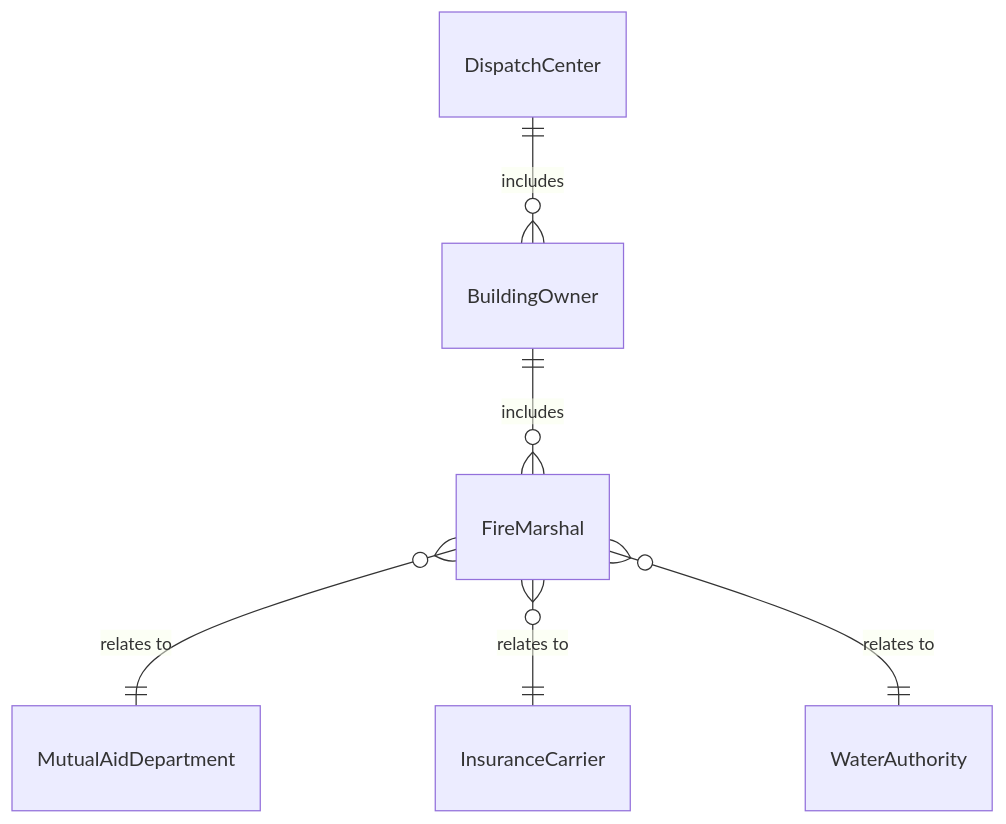
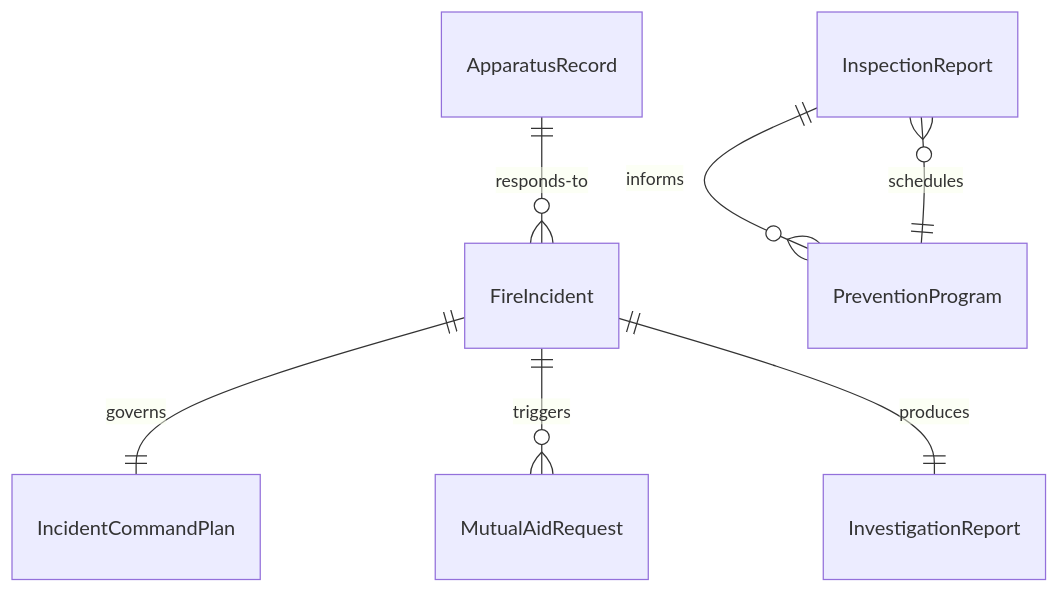
The first of 4 diagrams in GuidingDirectingAndMotivatingSubordinates/DirectSecurityOrSafetyActivitiesOrOperations/DirectFireFightingPreventionActivities.mdx (dot-org-ai/tasks.org.ai), drawn with Mermaid before and after one commit. The commit also changed other lines of this file and 515 other files, not shown here.

````diff
--- a/GuidingDirectingAndMotivatingSubordinates/DirectSecurityOrSafetyActivitiesOrOperations/DirectFireFightingPreventionActivities.mdx
+++ b/GuidingDirectingAndMotivatingSubordinates/DirectSecurityOrSafetyActivitiesOrOperations/DirectFireFightingPreventionActivities.mdx
@@ -92,8 +92,9 @@
 ```mermaid
 erDiagram
-    DispatchCenter ||--o{ BuildingOwner : includes
-    BuildingOwner ||--o{ FireMarshal : includes
-    FireMarshal }o--|| MutualAidDepartment : "relates to"
-    FireMarshal }o--|| InsuranceCarrier : "relates to"
-    FireMarshal }o--|| WaterAuthority : "relates to"
+    FireIncident ||--|| IncidentCommandPlan : "governs"
+    FireIncident ||--o{ MutualAidRequest : "triggers"
+    InspectionReport ||--o{ PreventionProgram : "informs"
+    FireIncident ||--|| InvestigationReport : "produces"
+    ApparatusRecord ||--o{ FireIncident : "responds-to"
+    PreventionProgram ||--o{ InspectionReport : "schedules"
 ```
````
